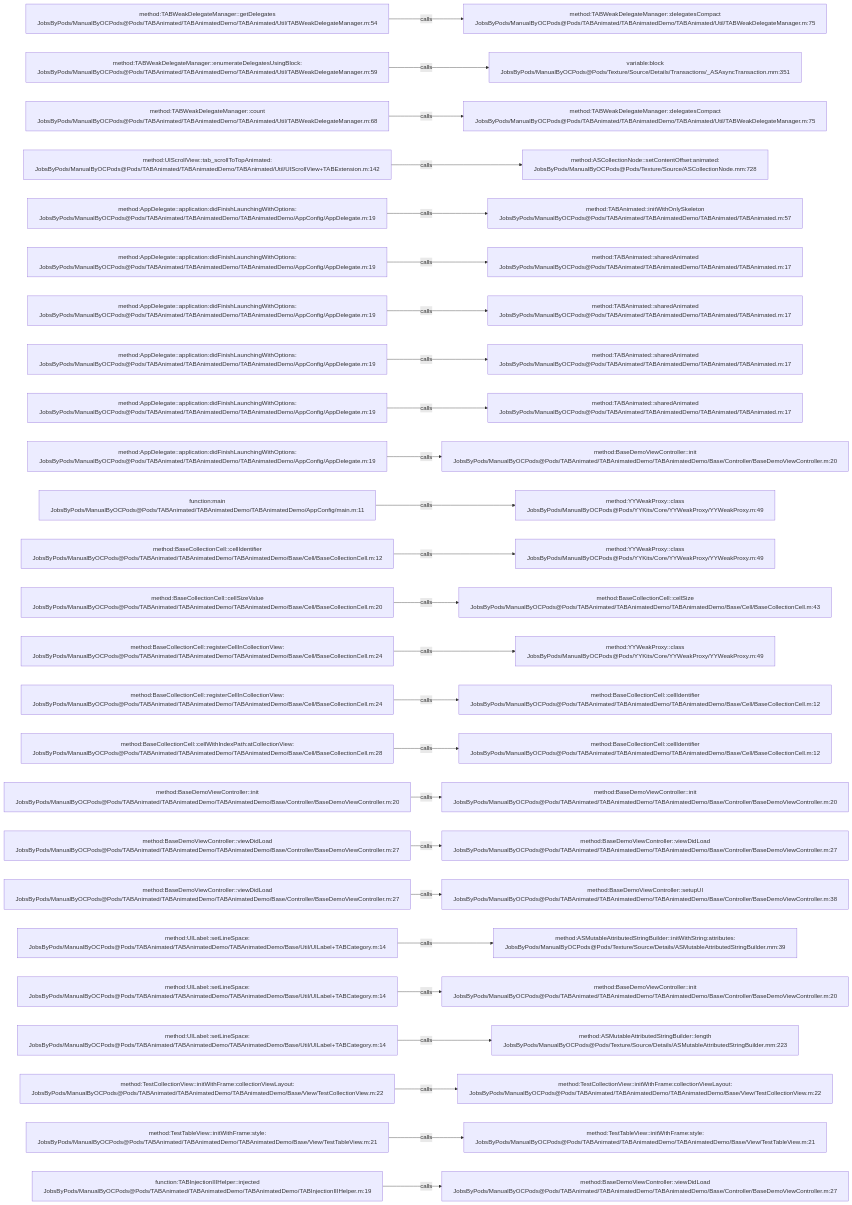
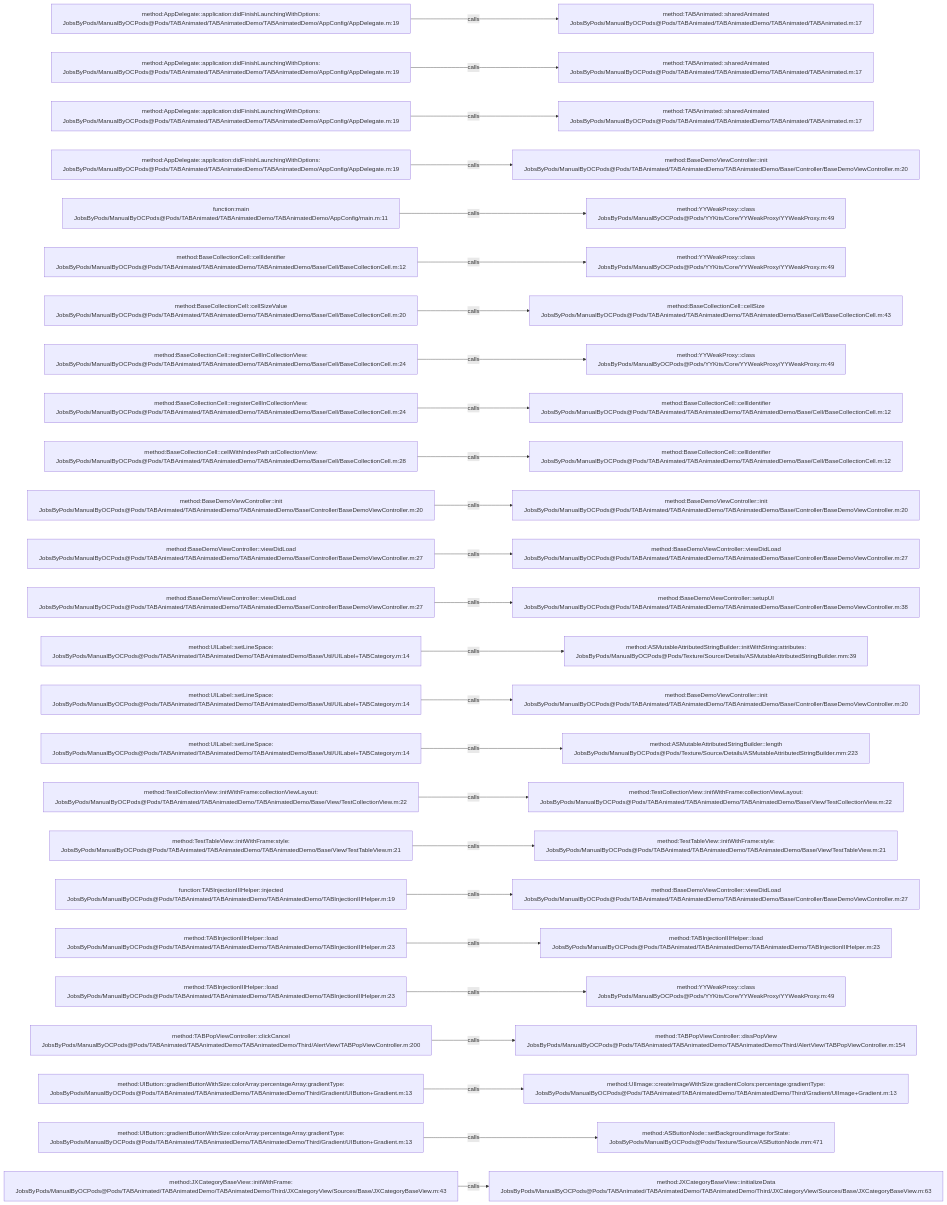
Before and after one commit to JobsKits/JobsOCBaseConfigDemo: the diagram in .codegraph/codegraph.md/graphs/calls-032.md, drawn with Mermaid. The commit also changed 666 other files, not shown here.

````diff
--- a/.codegraph/codegraph.md/graphs/calls-032.md
+++ b/.codegraph/codegraph.md/graphs/calls-032.md
@@ -13,78 +13,78 @@
 ```mermaid
 flowchart LR
-  S1["method:TABWeakDelegateManager::getDelegates<br/>JobsByPods/ManualByOCPods@Pods/TABAnimated/TABAnimatedDemo/TABAnimated/Util/TABWeakDelegateManager.m:54"]
-  T1["method:TABWeakDelegateManager::delegatesCompact<br/>JobsByPods/ManualByOCPods@Pods/TABAnimated/TABAnimatedDemo/TABAnimated/Util/TABWeakDelegateManager.m:75"]
+  S1["method:AppDelegate::application:didFinishLaunchingWithOptions:<br/>JobsByPods/ManualByOCPods@Pods/TABAnimated/TABAnimatedDemo/TABAnimatedDemo/AppConfig/AppDelegate.m:19"]
+  T1["method:TABAnimated::sharedAnimated<br/>JobsByPods/ManualByOCPods@Pods/TABAnimated/TABAnimatedDemo/TABAnimated/TABAnimated.m:17"]
   S1 -->|calls| T1
-  S2["method:TABWeakDelegateManager::enumerateDelegatesUsingBlock:<br/>JobsByPods/ManualByOCPods@Pods/TABAnimated/TABAnimatedDemo/TABAnimated/Util/TABWeakDelegateManager.m:59"]
-  T2["variable:block<br/>JobsByPods/ManualByOCPods@Pods/Texture/Source/Details/Transactions/_ASAsyncTransaction.mm:351"]
+  S2["method:AppDelegate::application:didFinishLaunchingWithOptions:<br/>JobsByPods/ManualByOCPods@Pods/TABAnimated/TABAnimatedDemo/TABAnimatedDemo/AppConfig/AppDelegate.m:19"]
+  T2["method:TABAnimated::sharedAnimated<br/>JobsByPods/ManualByOCPods@Pods/TABAnimated/TABAnimatedDemo/TABAnimated/TABAnimated.m:17"]
   S2 -->|calls| T2
-  S3["method:TABWeakDelegateManager::count<br/>JobsByPods/ManualByOCPods@Pods/TABAnimated/TABAnimatedDemo/TABAnimated/Util/TABWeakDelegateManager.m:68"]
-  T3["method:TABWeakDelegateManager::delegatesCompact<br/>JobsByPods/ManualByOCPods@Pods/TABAnimated/TABAnimatedDemo/TABAnimated/Util/TABWeakDelegateManager.m:75"]
+  S3["method:AppDelegate::application:didFinishLaunchingWithOptions:<br/>JobsByPods/ManualByOCPods@Pods/TABAnimated/TABAnimatedDemo/TABAnimatedDemo/AppConfig/AppDelegate.m:19"]
+  T3["method:TABAnimated::sharedAnimated<br/>JobsByPods/ManualByOCPods@Pods/TABAnimated/TABAnimatedDemo/TABAnimated/TABAnimated.m:17"]
   S3 -->|calls| T3
-  S4["method:UIScrollView::tab_scrollToTopAnimated:<br/>JobsByPods/ManualByOCPods@Pods/TABAnimated/TABAnimatedDemo/TABAnimated/Util/UIScrollView+TABExtension.m:142"]
-  T4["method:ASCollectionNode::setContentOffset:animated:<br/>JobsByPods/ManualByOCPods@Pods/Texture/Source/ASCollectionNode.mm:728"]
+  S4["method:AppDelegate::application:didFinishLaunchingWithOptions:<br/>JobsByPods/ManualByOCPods@Pods/TABAnimated/TABAnimatedDemo/TABAnimatedDemo/AppConfig/AppDelegate.m:19"]
+  T4["method:BaseDemoViewController::init<br/>JobsByPods/ManualByOCPods@Pods/TABAnimated/TABAnimatedDemo/TABAnimatedDemo/Base/Controller/BaseDemoViewController.m:20"]
   S4 -->|calls| T4
-  S5["method:AppDelegate::application:didFinishLaunchingWithOptions:<br/>JobsByPods/ManualByOCPods@Pods/TABAnimated/TABAnimatedDemo/TABAnimatedDemo/AppConfig/AppDelegate.m:19"]
-  T5["method:TABAnimated::initWithOnlySkeleton<br/>JobsByPods/ManualByOCPods@Pods/TABAnimated/TABAnimatedDemo/TABAnimated/TABAnimated.m:57"]
+  S5["function:main<br/>JobsByPods/ManualByOCPods@Pods/TABAnimated/TABAnimatedDemo/TABAnimatedDemo/AppConfig/main.m:11"]
+  T5["method:YYWeakProxy::class<br/>JobsByPods/ManualByOCPods@Pods/YYKits/Core/YYWeakProxy/YYWeakProxy.m:49"]
   S5 -->|calls| T5
-  S6["method:AppDelegate::application:didFinishLaunchingWithOptions:<br/>JobsByPods/ManualByOCPods@Pods/TABAnimated/TABAnimatedDemo/TABAnimatedDemo/AppConfig/AppDelegate.m:19"]
-  T6["method:TABAnimated::sharedAnimated<br/>JobsByPods/ManualByOCPods@Pods/TABAnimated/TABAnimatedDemo/TABAnimated/TABAnimated.m:17"]
+  S6["method:BaseCollectionCell::cellIdentifier<br/>JobsByPods/ManualByOCPods@Pods/TABAnimated/TABAnimatedDemo/TABAnimatedDemo/Base/Cell/BaseCollectionCell.m:12"]
+  T6["method:YYWeakProxy::class<br/>JobsByPods/ManualByOCPods@Pods/YYKits/Core/YYWeakProxy/YYWeakProxy.m:49"]
   S6 -->|calls| T6
-  S7["method:AppDelegate::application:didFinishLaunchingWithOptions:<br/>JobsByPods/ManualByOCPods@Pods/TABAnimated/TABAnimatedDemo/TABAnimatedDemo/AppConfig/AppDelegate.m:19"]
-  T7["method:TABAnimated::sharedAnimated<br/>JobsByPods/ManualByOCPods@Pods/TABAnimated/TABAnimatedDemo/TABAnimated/TABAnimated.m:17"]
+  S7["method:BaseCollectionCell::cellSizeValue<br/>JobsByPods/ManualByOCPods@Pods/TABAnimated/TABAnimatedDemo/TABAnimatedDemo/Base/Cell/BaseCollectionCell.m:20"]
+  T7["method:BaseCollectionCell::cellSize<br/>JobsByPods/ManualByOCPods@Pods/TABAnimated/TABAnimatedDemo/TABAnimatedDemo/Base/Cell/BaseCollectionCell.m:43"]
   S7 -->|calls| T7
-  S8["method:AppDelegate::application:didFinishLaunchingWithOptions:<br/>JobsByPods/ManualByOCPods@Pods/TABAnimated/TABAnimatedDemo/TABAnimatedDemo/AppConfig/AppDelegate.m:19"]
-  T8["method:TABAnimated::sharedAnimated<br/>JobsByPods/ManualByOCPods@Pods/TABAnimated/TABAnimatedDemo/TABAnimated/TABAnimated.m:17"]
+  S8["method:BaseCollectionCell::registerCellInCollectionView:<br/>JobsByPods/ManualByOCPods@Pods/TABAnimated/TABAnimatedDemo/TABAnimatedDemo/Base/Cell/BaseCollectionCell.m:24"]
+  T8["method:YYWeakProxy::class<br/>JobsByPods/ManualByOCPods@Pods/YYKits/Core/YYWeakProxy/YYWeakProxy.m:49"]
   S8 -->|calls| T8
-  S9["method:AppDelegate::application:didFinishLaunchingWithOptions:<br/>JobsByPods/ManualByOCPods@Pods/TABAnimated/TABAnimatedDemo/TABAnimatedDemo/AppConfig/AppDelegate.m:19"]
-  T9["method:TABAnimated::sharedAnimated<br/>JobsByPods/ManualByOCPods@Pods/TABAnimated/TABAnimatedDemo/TABAnimated/TABAnimated.m:17"]
+  S9["method:BaseCollectionCell::registerCellInCollectionView:<br/>JobsByPods/ManualByOCPods@Pods/TABAnimated/TABAnimatedDemo/TABAnimatedDemo/Base/Cell/BaseCollectionCell.m:24"]
+  T9["method:BaseCollectionCell::cellIdentifier<br/>JobsByPods/ManualByOCPods@Pods/TABAnimated/TABAnimatedDemo/TABAnimatedDemo/Base/Cell/BaseCollectionCell.m:12"]
   S9 -->|calls| T9
-  S10["method:AppDelegate::application:didFinishLaunchingWithOptions:<br/>JobsByPods/ManualByOCPods@Pods/TABAnimated/TABAnimatedDemo/TABAnimatedDemo/AppConfig/AppDelegate.m:19"]
-  T10["method:BaseDemoViewController::init<br/>JobsByPods/ManualByOCPods@Pods/TABAnimated/TABAnimatedDemo/TABAnimatedDemo/Base/Controller/BaseDemoViewController.m:20"]
+  S10["method:BaseCollectionCell::cellWithIndexPath:atCollectionView:<br/>JobsByPods/ManualByOCPods@Pods/TABAnimated/TABAnimatedDemo/TABAnimatedDemo/Base/Cell/BaseCollectionCell.m:28"]
+  T10["method:BaseCollectionCell::cellIdentifier<br/>JobsByPods/ManualByOCPods@Pods/TABAnimated/TABAnimatedDemo/TABAnimatedDemo/Base/Cell/BaseCollectionCell.m:12"]
   S10 -->|calls| T10
-  S11["function:main<br/>JobsByPods/ManualByOCPods@Pods/TABAnimated/TABAnimatedDemo/TABAnimatedDemo/AppConfig/main.m:11"]
-  T11["method:YYWeakProxy::class<br/>JobsByPods/ManualByOCPods@Pods/YYKits/Core/YYWeakProxy/YYWeakProxy.m:49"]
+  S11["method:BaseDemoViewController::init<br/>JobsByPods/ManualByOCPods@Pods/TABAnimated/TABAnimatedDemo/TABAnimatedDemo/Base/Controller/BaseDemoViewController.m:20"]
+  T11["method:BaseDemoViewController::init<br/>JobsByPods/ManualByOCPods@Pods/TABAnimated/TABAnimatedDemo/TABAnimatedDemo/Base/Controller/BaseDemoViewController.m:20"]
   S11 -->|calls| T11
-  S12["method:BaseCollectionCell::cellIdentifier<br/>JobsByPods/ManualByOCPods@Pods/TABAnimated/TABAnimatedDemo/TABAnimatedDemo/Base/Cell/BaseCollectionCell.m:12"]
-  T12["method:YYWeakProxy::class<br/>JobsByPods/ManualByOCPods@Pods/YYKits/Core/YYWeakProxy/YYWeakProxy.m:49"]
+  S12["method:BaseDemoViewController::viewDidLoad<br/>JobsByPods/ManualByOCPods@Pods/TABAnimated/TABAnimatedDemo/TABAnimatedDemo/Base/Controller/BaseDemoViewController.m:27"]
+  T12["method:BaseDemoViewController::viewDidLoad<br/>JobsByPods/ManualByOCPods@Pods/TABAnimated/TABAnimatedDemo/TABAnimatedDemo/Base/Controller/BaseDemoViewController.m:27"]
   S12 -->|calls| T12
-  S13["method:BaseCollectionCell::cellSizeValue<br/>JobsByPods/ManualByOCPods@Pods/TABAnimated/TABAnimatedDemo/TABAnimatedDemo/Base/Cell/BaseCollectionCell.m:20"]
-  T13["method:BaseCollectionCell::cellSize<br/>JobsByPods/ManualByOCPods@Pods/TABAnimated/TABAnimatedDemo/TABAnimatedDemo/Base/Cell/BaseCollectionCell.m:43"]
+  S13["method:BaseDemoViewController::viewDidLoad<br/>JobsByPods/ManualByOCPods@Pods/TABAnimated/TABAnimatedDemo/TABAnimatedDemo/Base/Controller/BaseDemoViewController.m:27"]
+  T13["method:BaseDemoViewController::setupUI<br/>JobsByPods/ManualByOCPods@Pods/TABAnimated/TABAnimatedDemo/TABAnimatedDemo/Base/Controller/BaseDemoViewController.m:38"]
   S13 -->|calls| T13
-  S14["method:BaseCollectionCell::registerCellInCollectionView:<br/>JobsByPods/ManualByOCPods@Pods/TABAnimated/TABAnimatedDemo/TABAnimatedDemo/Base/Cell/BaseCollectionCell.m:24"]
-  T14["method:YYWeakProxy::class<br/>JobsByPods/ManualByOCPods@Pods/YYKits/Core/YYWeakProxy/YYWeakProxy.m:49"]
+  S14["method:UILabel::setLineSpace:<br/>JobsByPods/ManualByOCPods@Pods/TABAnimated/TABAnimatedDemo/TABAnimatedDemo/Base/Util/UILabel+TABCategory.m:14"]
+  T14["method:ASMutableAttributedStringBuilder::initWithString:attributes:<br/>JobsByPods/ManualByOCPods@Pods/Texture/Source/Details/ASMutableAttributedStringBuilder.mm:39"]
   S14 -->|calls| T14
-  S15["method:BaseCollectionCell::registerCellInCollectionView:<br/>JobsByPods/ManualByOCPods@Pods/TABAnimated/TABAnimatedDemo/TABAnimatedDemo/Base/Cell/BaseCollectionCell.m:24"]
-  T15["method:BaseCollectionCell::cellIdentifier<br/>JobsByPods/ManualByOCPods@Pods/TABAnimated/TABAnimatedDemo/TABAnimatedDemo/Base/Cell/BaseCollectionCell.m:12"]
+  S15["method:UILabel::setLineSpace:<br/>JobsByPods/ManualByOCPods@Pods/TABAnimated/TABAnimatedDemo/TABAnimatedDemo/Base/Util/UILabel+TABCategory.m:14"]
+  T15["method:BaseDemoViewController::init<br/>JobsByPods/ManualByOCPods@Pods/TABAnimated/TABAnimatedDemo/TABAnimatedDemo/Base/Controller/BaseDemoViewController.m:20"]
   S15 -->|calls| T15
-  S16["method:BaseCollectionCell::cellWithIndexPath:atCollectionView:<br/>JobsByPods/ManualByOCPods@Pods/TABAnimated/TABAnimatedDemo/TABAnimatedDemo/Base/Cell/BaseCollectionCell.m:28"]
-  T16["method:BaseCollectionCell::cellIdentifier<br/>JobsByPods/ManualByOCPods@Pods/TABAnimated/TABAnimatedDemo/TABAnimatedDemo/Base/Cell/BaseCollectionCell.m:12"]
+  S16["method:UILabel::setLineSpace:<br/>JobsByPods/ManualByOCPods@Pods/TABAnimated/TABAnimatedDemo/TABAnimatedDemo/Base/Util/UILabel+TABCategory.m:14"]
+  T16["method:ASMutableAttributedStringBuilder::length<br/>JobsByPods/ManualByOCPods@Pods/Texture/Source/Details/ASMutableAttributedStringBuilder.mm:223"]
   S16 -->|calls| T16
-  S17["method:BaseDemoViewController::init<br/>JobsByPods/ManualByOCPods@Pods/TABAnimated/TABAnimatedDemo/TABAnimatedDemo/Base/Controller/BaseDemoViewController.m:20"]
-  T17["method:BaseDemoViewController::init<br/>JobsByPods/ManualByOCPods@Pods/TABAnimated/TABAnimatedDemo/TABAnimatedDemo/Base/Controller/BaseDemoViewController.m:20"]
+  S17["method:TestCollectionView::initWithFrame:collectionViewLayout:<br/>JobsByPods/ManualByOCPods@Pods/TABAnimated/TABAnimatedDemo/TABAnimatedDemo/Base/View/TestCollectionView.m:22"]
+  T17["method:TestCollectionView::initWithFrame:collectionViewLayout:<br/>JobsByPods/ManualByOCPods@Pods/TABAnimated/TABAnimatedDemo/TABAnimatedDemo/Base/View/TestCollectionView.m:22"]
   S17 -->|calls| T17
-  S18["method:BaseDemoViewController::viewDidLoad<br/>JobsByPods/ManualByOCPods@Pods/TABAnimated/TABAnimatedDemo/TABAnimatedDemo/Base/Controller/BaseDemoViewController.m:27"]
-  T18["method:BaseDemoViewController::viewDidLoad<br/>JobsByPods/ManualByOCPods@Pods/TABAnimated/TABAnimatedDemo/TABAnimatedDemo/Base/Controller/BaseDemoViewController.m:27"]
+  S18["method:TestTableView::initWithFrame:style:<br/>JobsByPods/ManualByOCPods@Pods/TABAnimated/TABAnimatedDemo/TABAnimatedDemo/Base/View/TestTableView.m:21"]
+  T18["method:TestTableView::initWithFrame:style:<br/>JobsByPods/ManualByOCPods@Pods/TABAnimated/TABAnimatedDemo/TABAnimatedDemo/Base/View/TestTableView.m:21"]
   S18 -->|calls| T18
-  S19["method:BaseDemoViewController::viewDidLoad<br/>JobsByPods/ManualByOCPods@Pods/TABAnimated/TABAnimatedDemo/TABAnimatedDemo/Base/Controller/BaseDemoViewController.m:27"]
-  T19["method:BaseDemoViewController::setupUI<br/>JobsByPods/ManualByOCPods@Pods/TABAnimated/TABAnimatedDemo/TABAnimatedDemo/Base/Controller/BaseDemoViewController.m:38"]
+  S19["function:TABInjectionIIIHelper::injected<br/>JobsByPods/ManualByOCPods@Pods/TABAnimated/TABAnimatedDemo/TABAnimatedDemo/TABInjectionIIIHelper.m:19"]
+  T19["method:BaseDemoViewController::viewDidLoad<br/>JobsByPods/ManualByOCPods@Pods/TABAnimated/TABAnimatedDemo/TABAnimatedDemo/Base/Controller/BaseDemoViewController.m:27"]
   S19 -->|calls| T19
-  S20["method:UILabel::setLineSpace:<br/>JobsByPods/ManualByOCPods@Pods/TABAnimated/TABAnimatedDemo/TABAnimatedDemo/Base/Util/UILabel+TABCategory.m:14"]
-  T20["method:ASMutableAttributedStringBuilder::initWithString:attributes:<br/>JobsByPods/ManualByOCPods@Pods/Texture/Source/Details/ASMutableAttributedStringBuilder.mm:39"]
+  S20["method:TABInjectionIIIHelper::load<br/>JobsByPods/ManualByOCPods@Pods/TABAnimated/TABAnimatedDemo/TABAnimatedDemo/TABInjectionIIIHelper.m:23"]
+  T20["method:TABInjectionIIIHelper::load<br/>JobsByPods/ManualByOCPods@Pods/TABAnimated/TABAnimatedDemo/TABAnimatedDemo/TABInjectionIIIHelper.m:23"]
   S20 -->|calls| T20
-  S21["method:UILabel::setLineSpace:<br/>JobsByPods/ManualByOCPods@Pods/TABAnimated/TABAnimatedDemo/TABAnimatedDemo/Base/Util/UILabel+TABCategory.m:14"]
-  T21["method:BaseDemoViewController::init<br/>JobsByPods/ManualByOCPods@Pods/TABAnimated/TABAnimatedDemo/TABAnimatedDemo/Base/Controller/BaseDemoViewController.m:20"]
+  S21["method:TABInjectionIIIHelper::load<br/>JobsByPods/ManualByOCPods@Pods/TABAnimated/TABAnimatedDemo/TABAnimatedDemo/TABInjectionIIIHelper.m:23"]
+  T21["method:YYWeakProxy::class<br/>JobsByPods/ManualByOCPods@Pods/YYKits/Core/YYWeakProxy/YYWeakProxy.m:49"]
   S21 -->|calls| T21
-  S22["method:UILabel::setLineSpace:<br/>JobsByPods/ManualByOCPods@Pods/TABAnimated/TABAnimatedDemo/TABAnimatedDemo/Base/Util/UILabel+TABCategory.m:14"]
-  T22["method:ASMutableAttributedStringBuilder::length<br/>JobsByPods/ManualByOCPods@Pods/Texture/Source/Details/ASMutableAttributedStringBuilder.mm:223"]
+  S22["method:TABPopViewController::clickCancel<br/>JobsByPods/ManualByOCPods@Pods/TABAnimated/TABAnimatedDemo/TABAnimatedDemo/Third/AlertView/TABPopViewController.m:200"]
+  T22["method:TABPopViewController::dissPopView<br/>JobsByPods/ManualByOCPods@Pods/TABAnimated/TABAnimatedDemo/TABAnimatedDemo/Third/AlertView/TABPopViewController.m:154"]
   S22 -->|calls| T22
-  S23["method:TestCollectionView::initWithFrame:collectionViewLayout:<br/>JobsByPods/ManualByOCPods@Pods/TABAnimated/TABAnimatedDemo/TABAnimatedDemo/Base/View/TestCollectionView.m:22"]
-  T23["method:TestCollectionView::initWithFrame:collectionViewLayout:<br/>JobsByPods/ManualByOCPods@Pods/TABAnimated/TABAnimatedDemo/TABAnimatedDemo/Base/View/TestCollectionView.m:22"]
+  S23["method:UIButton::gradientButtonWithSize:colorArray:percentageArray:gradientType:<br/>JobsByPods/ManualByOCPods@Pods/TABAnimated/TABAnimatedDemo/TABAnimatedDemo/Third/Gradient/UIButton+Gradient.m:13"]
+  T23["method:UIImage::createImageWithSize:gradientColors:percentage:gradientType:<br/>JobsByPods/ManualByOCPods@Pods/TABAnimated/TABAnimatedDemo/TABAnimatedDemo/Third/Gradient/UIImage+Gradient.m:13"]
   S23 -->|calls| T23
-  S24["method:TestTableView::initWithFrame:style:<br/>JobsByPods/ManualByOCPods@Pods/TABAnimated/TABAnimatedDemo/TABAnimatedDemo/Base/View/TestTableView.m:21"]
-  T24["method:TestTableView::initWithFrame:style:<br/>JobsByPods/ManualByOCPods@Pods/TABAnimated/TABAnimatedDemo/TABAnimatedDemo/Base/View/TestTableView.m:21"]
+  S24["method:UIButton::gradientButtonWithSize:colorArray:percentageArray:gradientType:<br/>JobsByPods/ManualByOCPods@Pods/TABAnimated/TABAnimatedDemo/TABAnimatedDemo/Third/Gradient/UIButton+Gradient.m:13"]
+  T24["method:ASButtonNode::setBackgroundImage:forState:<br/>JobsByPods/ManualByOCPods@Pods/Texture/Source/ASButtonNode.mm:471"]
   S24 -->|calls| T24
-  S25["function:TABInjectionIIIHelper::injected<br/>JobsByPods/ManualByOCPods@Pods/TABAnimated/TABAnimatedDemo/TABAnimatedDemo/TABInjectionIIIHelper.m:19"]
-  T25["method:BaseDemoViewController::viewDidLoad<br/>JobsByPods/ManualByOCPods@Pods/TABAnimated/TABAnimatedDemo/TABAnimatedDemo/Base/Controller/BaseDemoViewController.m:27"]
+  S25["method:JXCategoryBaseView::initWithFrame:<br/>JobsByPods/ManualByOCPods@Pods/TABAnimated/TABAnimatedDemo/TABAnimatedDemo/Third/JXCategoryView/Sources/Base/JXCategoryBaseView.m:43"]
+  T25["method:JXCategoryBaseView::initializeData<br/>JobsByPods/ManualByOCPods@Pods/TABAnimated/TABAnimatedDemo/TABAnimatedDemo/Third/JXCategoryView/Sources/Base/JXCategoryBaseView.m:63"]
   S25 -->|calls| T25
 ```
````
